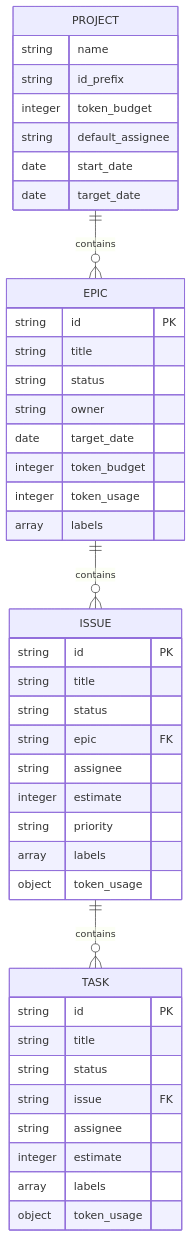
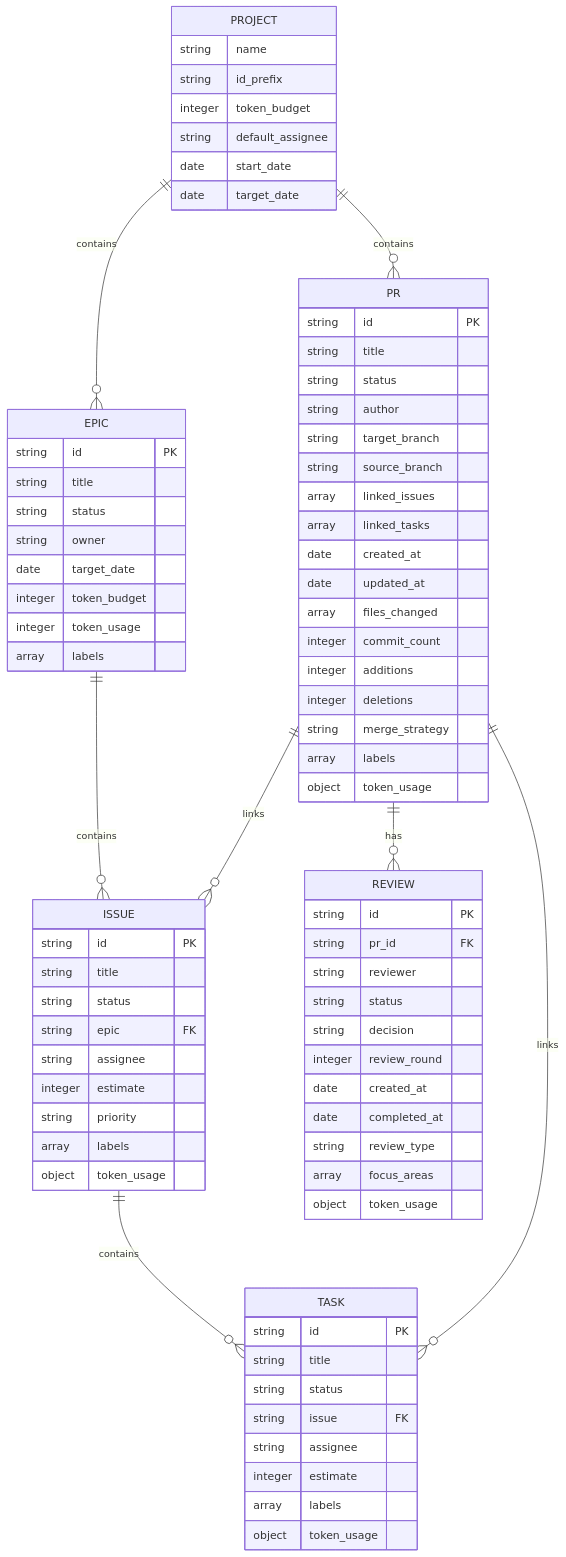
The first of 7 diagrams in docs/architecture.md (babyricardo69/ai-trackdown), drawn with Mermaid before and after one commit. The commit also changed other lines of this file and 9 other files, not shown here.

````diff
--- a/docs/architecture.md
+++ b/docs/architecture.md
@@ -118,6 +118,10 @@
     PROJECT ||--o{ EPIC : contains
     EPIC ||--o{ ISSUE : contains
     ISSUE ||--o{ TASK : contains
+    PROJECT ||--o{ PR : contains
+    PR ||--o{ ISSUE : links
+    PR ||--o{ TASK : links
+    PR ||--o{ REVIEW : has
     
     PROJECT {
         string name
@@ -161,4 +165,38 @@
         array labels
         object token_usage
     }
+    
+    PR {
+        string id PK
+        string title
+        string status
+        string author
+        string target_branch
+        string source_branch
+        array linked_issues
+        array linked_tasks
+        date created_at
+        date updated_at
+        array files_changed
+        integer commit_count
+        integer additions
+        integer deletions
+        string merge_strategy
+        array labels
+        object token_usage
+    }
+    
+    REVIEW {
+        string id PK
+        string pr_id FK
+        string reviewer
+        string status
+        string decision
+        integer review_round
+        date created_at
+        date completed_at
+        string review_type
+        array focus_areas
+        object token_usage
+    }
 ```
````
